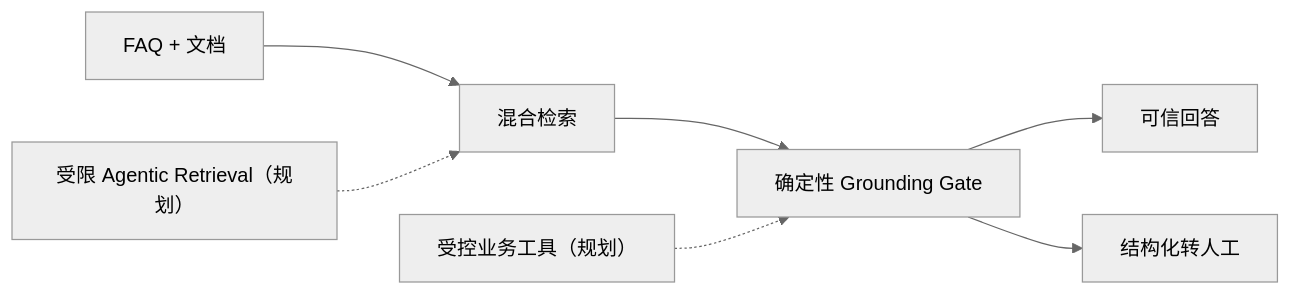
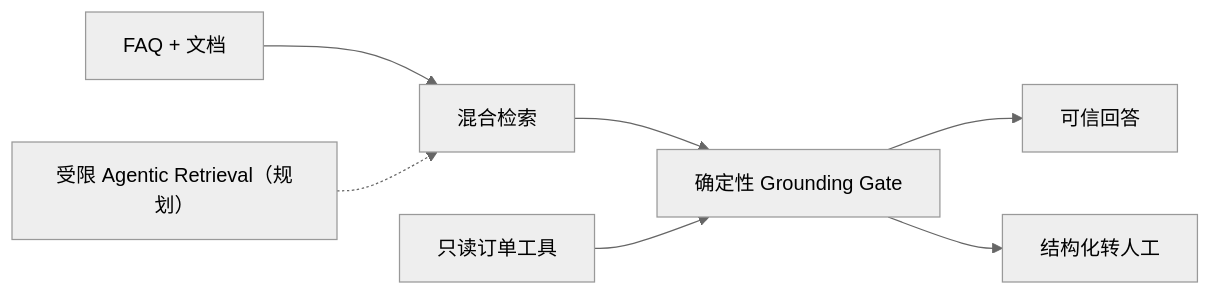
Before and after one commit to Rcloudso/smart-customer-service-ai: the diagram in README_CN.md, drawn with Mermaid (neutral theme). The commit also changed other lines of this file and 16 other files, not shown here.

````diff
--- a/README_CN.md
+++ b/README_CN.md
@@ -111,9 +111,9 @@
 ```mermaid
 flowchart LR
   K["FAQ + 文档"] --> R["混合检索"]
   R --> G["确定性 Grounding Gate"]
   G --> A["可信回答"]
   G --> H["结构化转人工"]
   P["受限 Agentic Retrieval（规划）"] -.-> R
-  T["受控业务工具（规划）"] -.-> G
+  T["只读订单工具"] --> G
 ```
````
